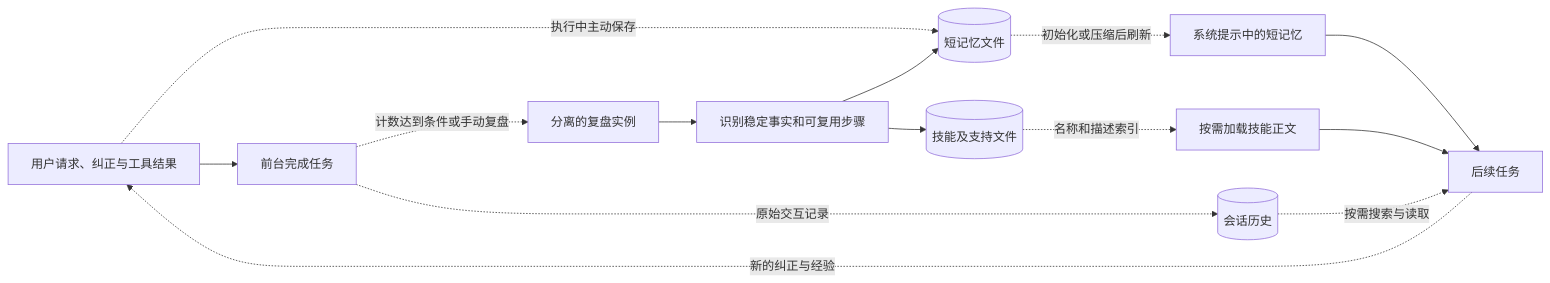
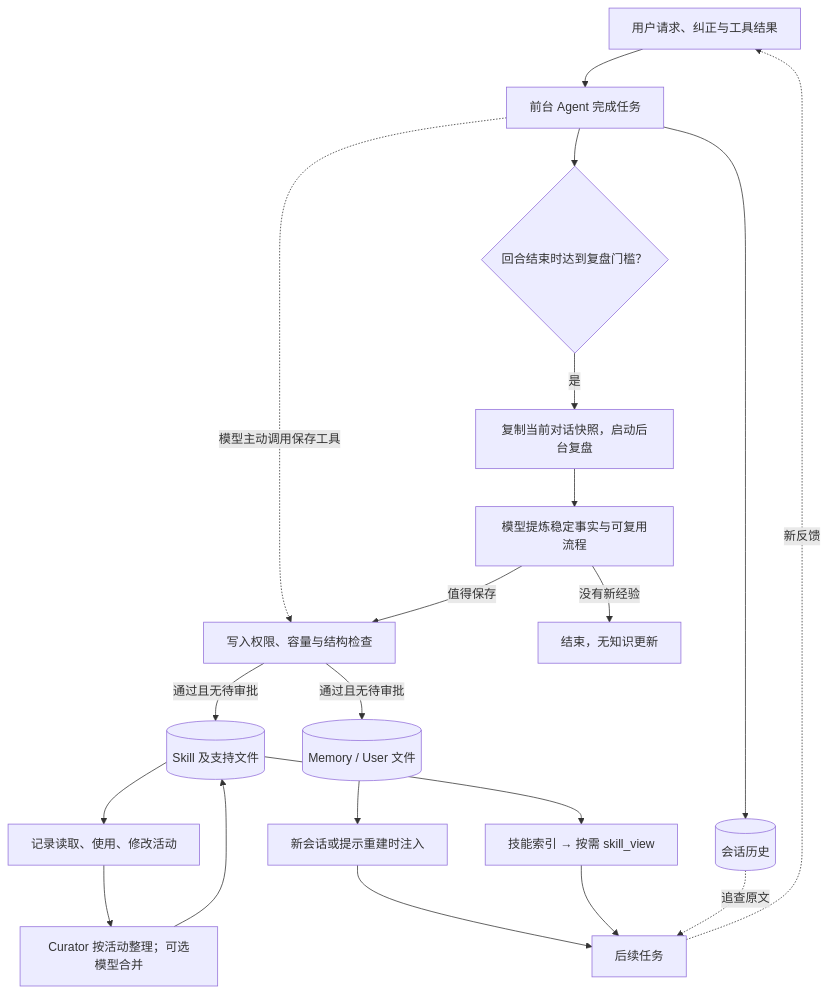
Before and after one commit to Uyouii/Reading: the second of 3 diagrams in 大模型/Agents/Hermes Agent 设计与实现.md, drawn with Mermaid. The commit also changed other lines of this file, not shown here.

````diff
--- a/大模型/Agents/Hermes Agent 设计与实现.md
+++ b/大模型/Agents/Hermes Agent 设计与实现.md
@@ -82,16 +93,22 @@
 ```mermaid
-flowchart LR
-    A["用户请求、纠正与工具结果"] --> B["前台完成任务"]
-    A -. "执行中主动保存" .-> M[("短记忆文件")]
-    B -. "计数达到条件或手动复盘" .-> C["分离的复盘实例"]
-    C --> D["识别稳定事实和可复用步骤"]
-    D --> M
-    D --> K[("技能及支持文件")]
-    M -. "初始化或压缩后刷新" .-> P["系统提示中的短记忆"]
-    K -. "名称和描述索引" .-> Q["按需加载技能正文"]
+flowchart TB
+    A["用户请求、纠正与工具结果"] --> B["前台 Agent 完成任务"]
+    B --> H[("会话历史")]
+    B -. "模型主动调用保存工具" .-> W["写入权限、容量与结构检查"]
+    B --> C{"回合结束时达到复盘门槛？"}
+    C -->|是| D["复制当前对话快照，启动后台复盘"]
+    D --> E["模型提炼稳定事实与可复用流程"]
+    E -->|值得保存| W
+    E -->|没有新经验| X["结束，无知识更新"]
+    W -->|通过且无待审批| M[("Memory / User 文件")]
+    W -->|通过且无待审批| K[("Skill 及支持文件")]
+    M --> P["新会话或提示重建时注入"]
+    K --> Q["技能索引 → 按需 skill_view"]
     P --> N["后续任务"]
     Q --> N
-    N -. "新的纠正与经验" .-> A
-    B -. "原始交互记录" .-> H[("会话历史")]
-    H -. "按需搜索与读取" .-> N
+    H -. "追查原文" .-> N
+    N -. "新反馈" .-> A
+    K --> U["记录读取、使用、修改活动"]
+    U --> V["Curator 按活动整理；可选模型合并"]
+    V --> K
 ```
````
